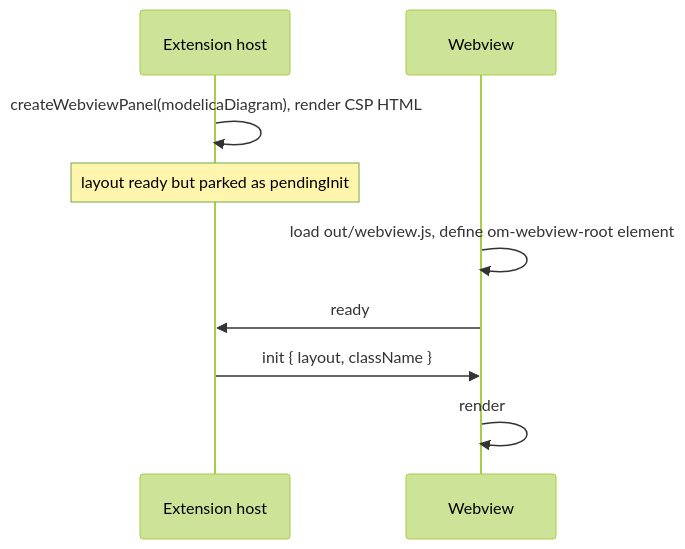
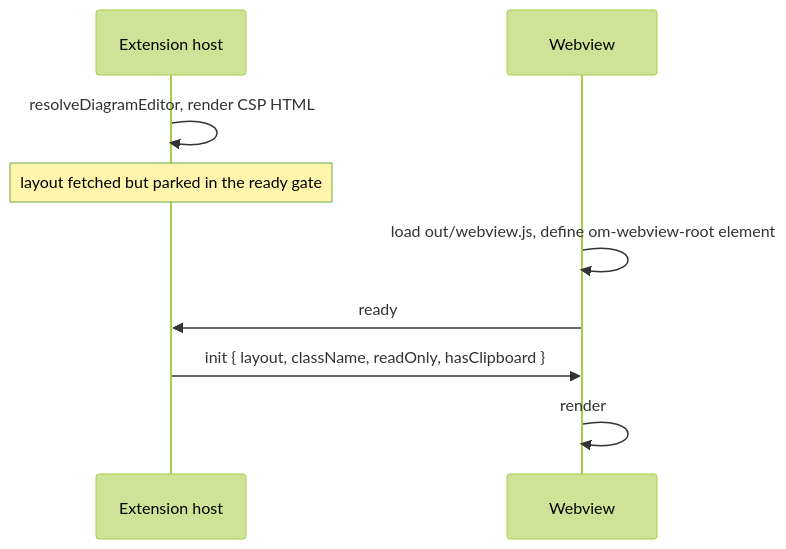
The third of 3 diagrams in docs/protocol.md (dicode-ayo/modelica-wrapper), drawn with Mermaid (forest theme) before and after one commit. The commit also changed other lines of this file, not shown here.

````diff
--- a/docs/protocol.md
+++ b/docs/protocol.md
@@ -163,12 +239,12 @@
 ```mermaid
 sequenceDiagram
     participant H as Extension host
     participant W as Webview
 
-    H->>H: createWebviewPanel(modelicaDiagram), render CSP HTML
-    Note over H: layout ready but parked as pendingInit
+    H->>H: resolveDiagramEditor, render CSP HTML
+    Note over H: layout fetched but parked in the ready gate
     W->>W: load out/webview.js, define om-webview-root element
     W->>H: ready
-    H->>W: init { layout, className }
+    H->>W: init { layout, className, readOnly, hasClipboard }
     W->>W: render
 ```
````
